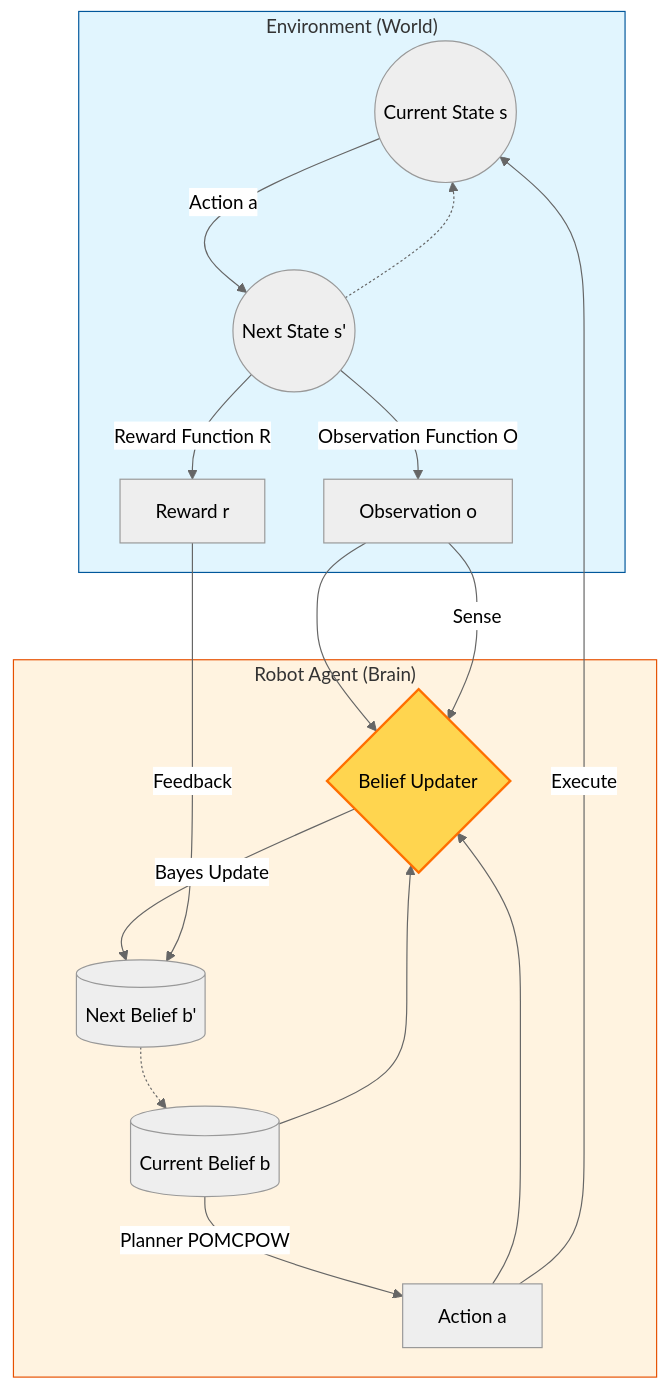
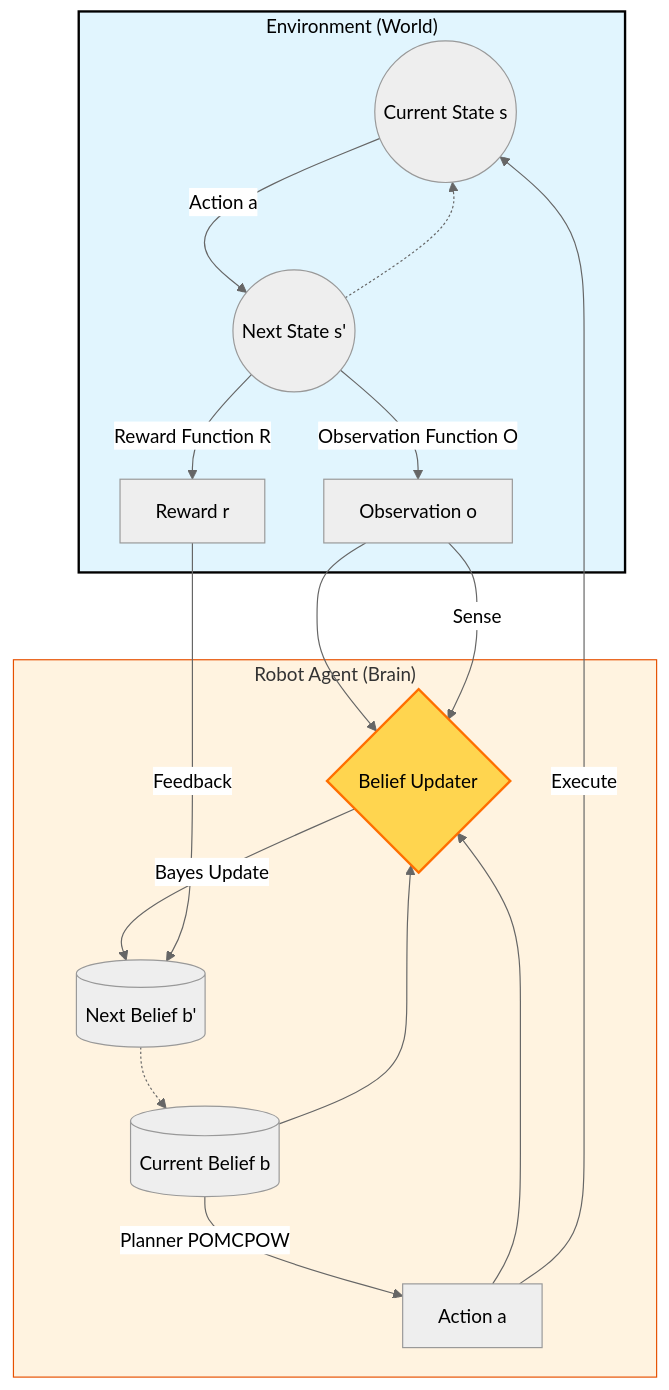
One commit to hoashalarajh/Partially-Observable-Markov-Decision-Process-based-Robot-Decision-Making changed the second of 2 diagrams in README.md. Above: the diagram before and after it, drawn with Mermaid (neutral theme).

````diff
--- a/README.md
+++ b/README.md
@@ -89,30 +89,31 @@
 ```mermaid
 graph TD
     subgraph Environment ["Environment (World)"]
         s_curr((Current State s)) -->|Action a| s_next((Next State s'))
         s_next -->|Observation Function O| o[Observation o]
         s_next -->|Reward Function R| r[Reward r]
     end
 
     subgraph Agent ["Robot Agent (Brain)"]
         b_curr[(Current Belief b)] -->|Planner POMCPOW| a[Action a]
         o --> Updater{Belief Updater}
         a --> Updater
         b_curr --> Updater
         Updater -->|Bayes Update| b_next[(Next Belief b')]
     end
 
     %% Connections between Agent and Environment
     a -->|Execute| s_curr
     o -->|Sense| Updater
     r -->|Feedback| b_next
 
     %% The Loop Connection
     b_next -.-> b_curr
     s_next -.-> s_curr
 
     %% Styling
-    style Environment fill:#e1f5fe,stroke:#01579b
+    %% I added 'color:black' (text) and 'stroke:black' (border) to Environment
+    style Environment fill:#e1f5fe,stroke:black,stroke-width:2px,color:black
     style Agent fill:#fff3e0,stroke:#e65100
     style Updater fill:#ffd54f,stroke:#ff6f00,stroke-width:2px
 ```
````
